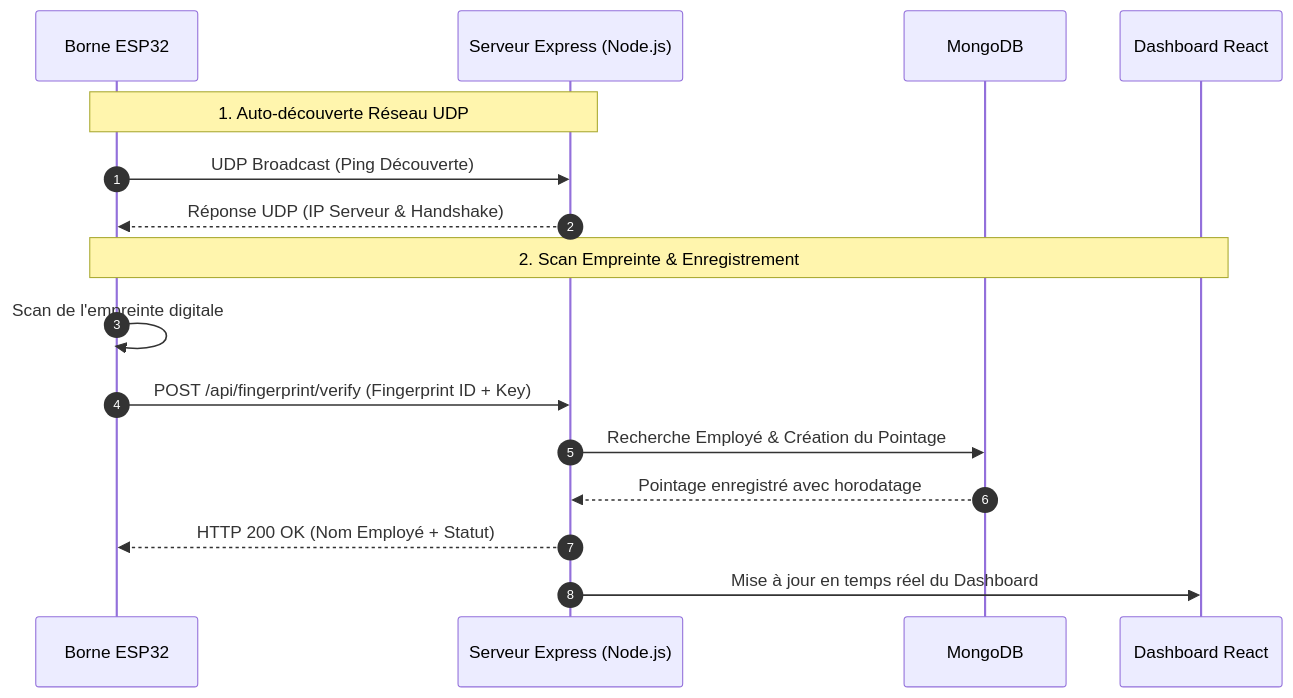
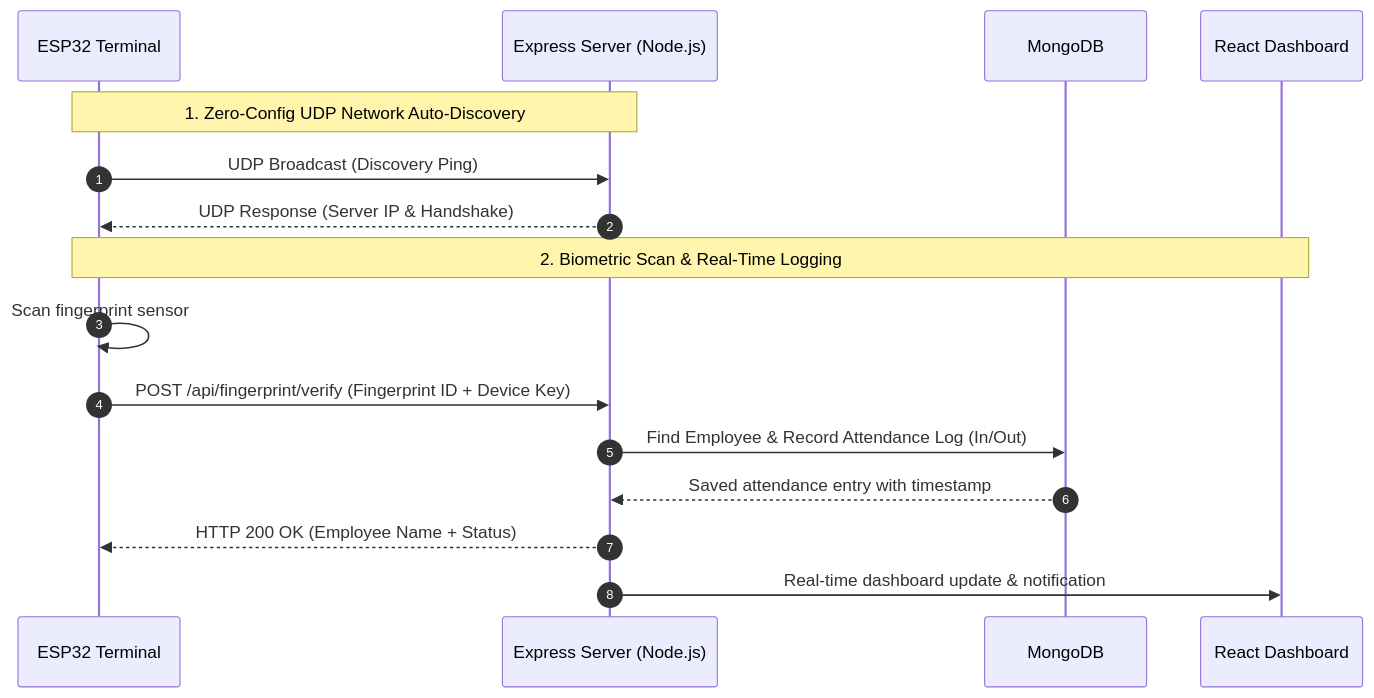
Before and after one commit to Mr-Dhia/Attendance-System: the second of 2 diagrams in README.md, drawn with Mermaid. The commit also changed other lines of this file and 1 other file, not shown here.

````diff
--- a/README.md
+++ b/README.md
@@ -71,20 +71,20 @@
 ```mermaid
 sequenceDiagram
     autonumber
-    participant ESP as Borne ESP32
-    participant Server as Serveur Express (Node.js)
+    participant ESP as ESP32 Terminal
+    participant Server as Express Server (Node.js)
     participant DB as MongoDB
-    participant React as Dashboard React
+    participant React as React Dashboard
 
-    Note over ESP, Server: 1. Auto-découverte Réseau UDP
-    ESP->>Server: UDP Broadcast (Ping Découverte)
-    Server-->>ESP: Réponse UDP (IP Serveur & Handshake)
+    Note over ESP, Server: 1. Zero-Config UDP Network Auto-Discovery
+    ESP->>Server: UDP Broadcast (Discovery Ping)
+    Server-->>ESP: UDP Response (Server IP & Handshake)
 
-    Note over ESP, React: 2. Scan Empreinte & Enregistrement
-    ESP->>ESP: Scan de l'empreinte digitale
-    ESP->>Server: POST /api/fingerprint/verify (Fingerprint ID + Key)
-    Server->>DB: Recherche Employé & Création du Pointage
-    DB-->>Server: Pointage enregistré avec horodatage
-    Server-->>ESP: HTTP 200 OK (Nom Employé + Statut)
-    Server->>React: Mise à jour en temps réel du Dashboard
+    Note over ESP, React: 2. Biometric Scan & Real-Time Logging
+    ESP->>ESP: Scan fingerprint sensor
+    ESP->>Server: POST /api/fingerprint/verify (Fingerprint ID + Device Key)
+    Server->>DB: Find Employee & Record Attendance Log (In/Out)
+    DB-->>Server: Saved attendance entry with timestamp
+    Server-->>ESP: HTTP 200 OK (Employee Name + Status)
+    Server->>React: Real-time dashboard update & notification
 ```
````
